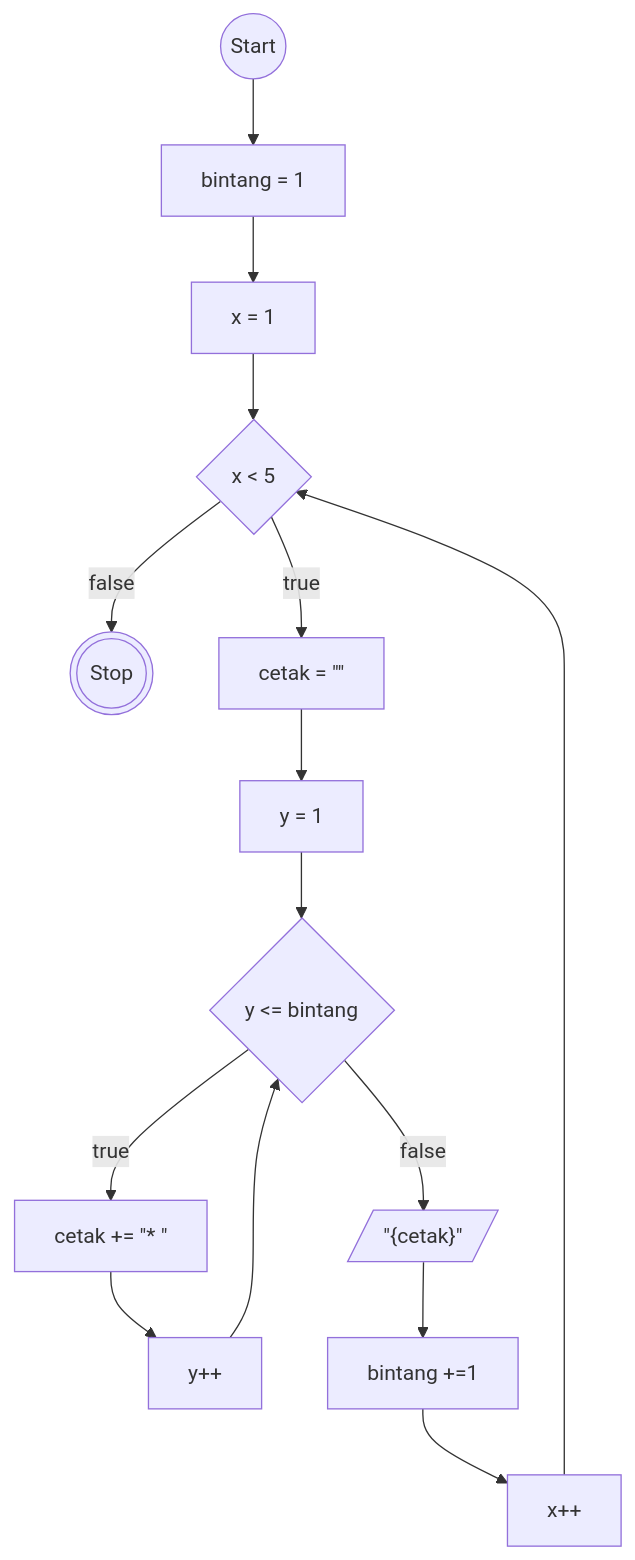
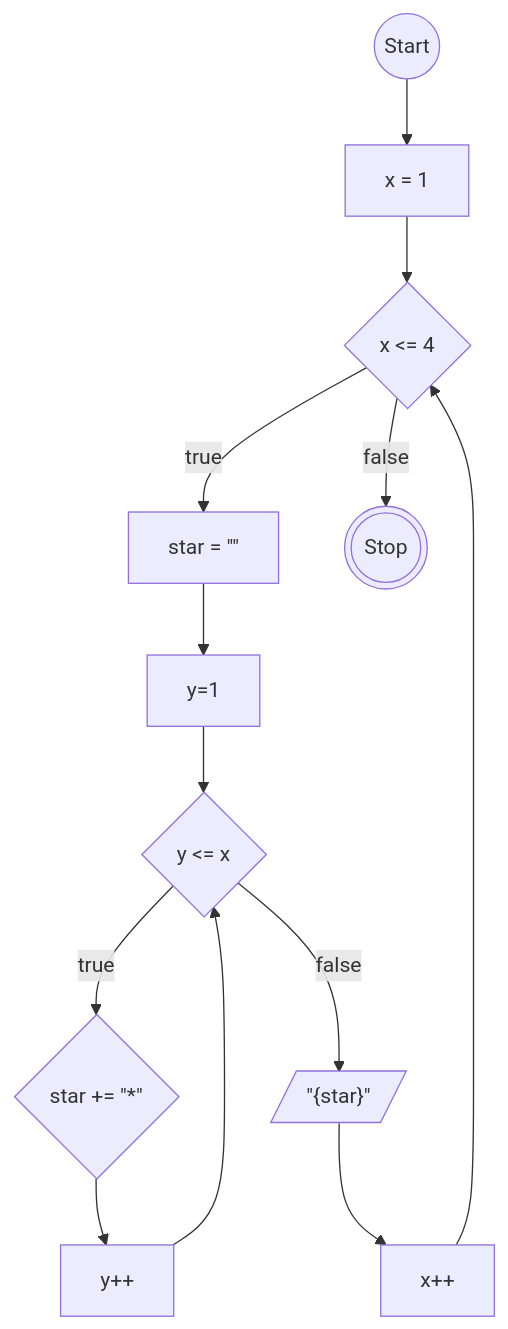
One commit to almarufh/Koda-B8-JavaScript1 changed the diagram in task3.md. Above: the diagram before and after it, drawn with Mermaid. The commit also changed other lines of this file, not shown here.

````diff
--- a/task3.md
+++ b/task3.md
@@ -5,24 +7,23 @@
 ```mermaid
-
 flowchart TD
 
-A@{ shape: circle, label: Start }
-B@{ shape: rect, label: "bintang = 1" }
-C@{ shape: rect, label: "x = 1"}
-D@{ shape: diamond, label: "x < 5 " }
-E@{ shape: dbl-circ, label: Stop}
-F@{ shape: rect, label: 'cetak = ""' }
-G@{ shape: rect, label: "y = 1" }
-H@{ shape: lean-r, label: '"{cetak}"' }
-I@{ shape: diamond, label: "y <= bintang" }
-J@{ shape: rect, label: 'cetak += "* "' }
-K@{ shape: rect, label: "y++"}
-L@{ shape: rect, label: "bintang +=1"}
-M@{ shape: rect, label: "x++" }
+A@{shape: circle, label: Start}
+B@{shape: diamond, label: "x <= 4"}
+C@{shape: rect, label: 'star = ""'}
+D@{shape: dbl-circ, label: Stop}
+E@{shape: rect, label: "y=1"}
+F@{shape: diamond, label: "y <= x"}
+G@{shape: diamond, label: 'star += "*"'}
+H@{shape: rect, label: "y++"}
+I@{shape: lean-r, label: '"{star}"'}
+J@{shape: rect, label: "x++"}
+K@{shape: rect, label: "x = 1"}
 
 
-A --> B --> C --> D --false--> E
-D --true--> F --> G
-G --> I --false--> H --> L --> M --> D
-I --true--> J --> K --> I 
+
+A --> K --> B
+B --true--> C --> E --> F
+F --true--> G --> H --> F
+F --false--> I --> J --> B
+B --false--> D
 ```
````
